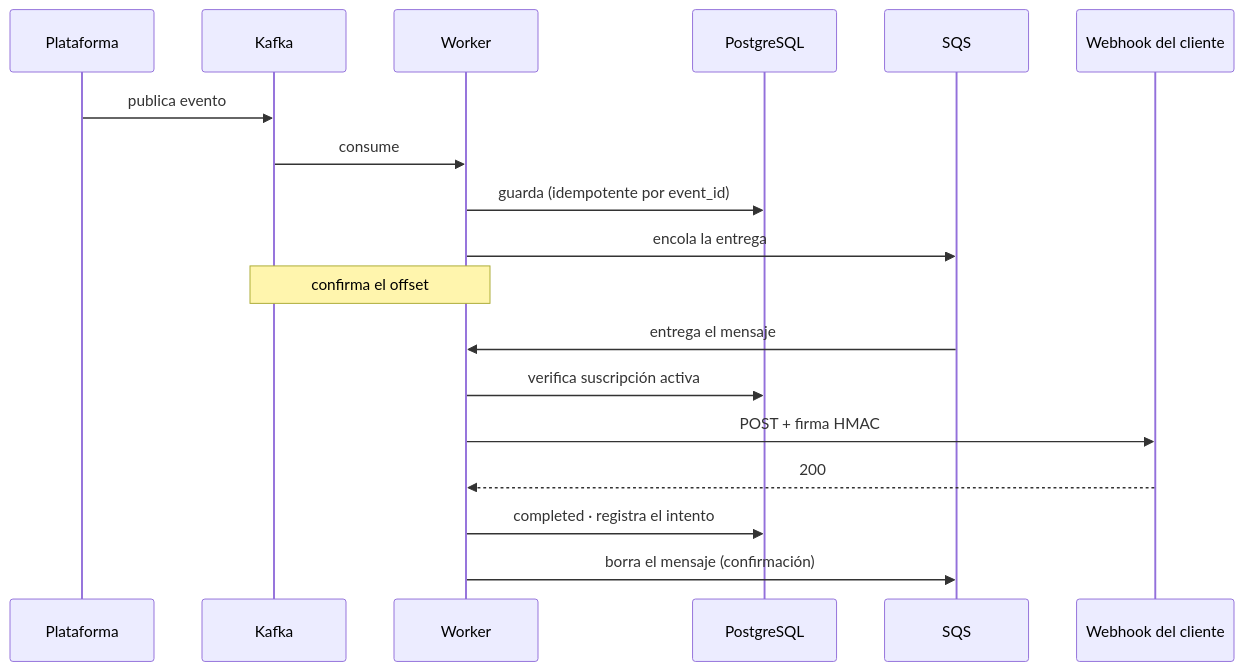
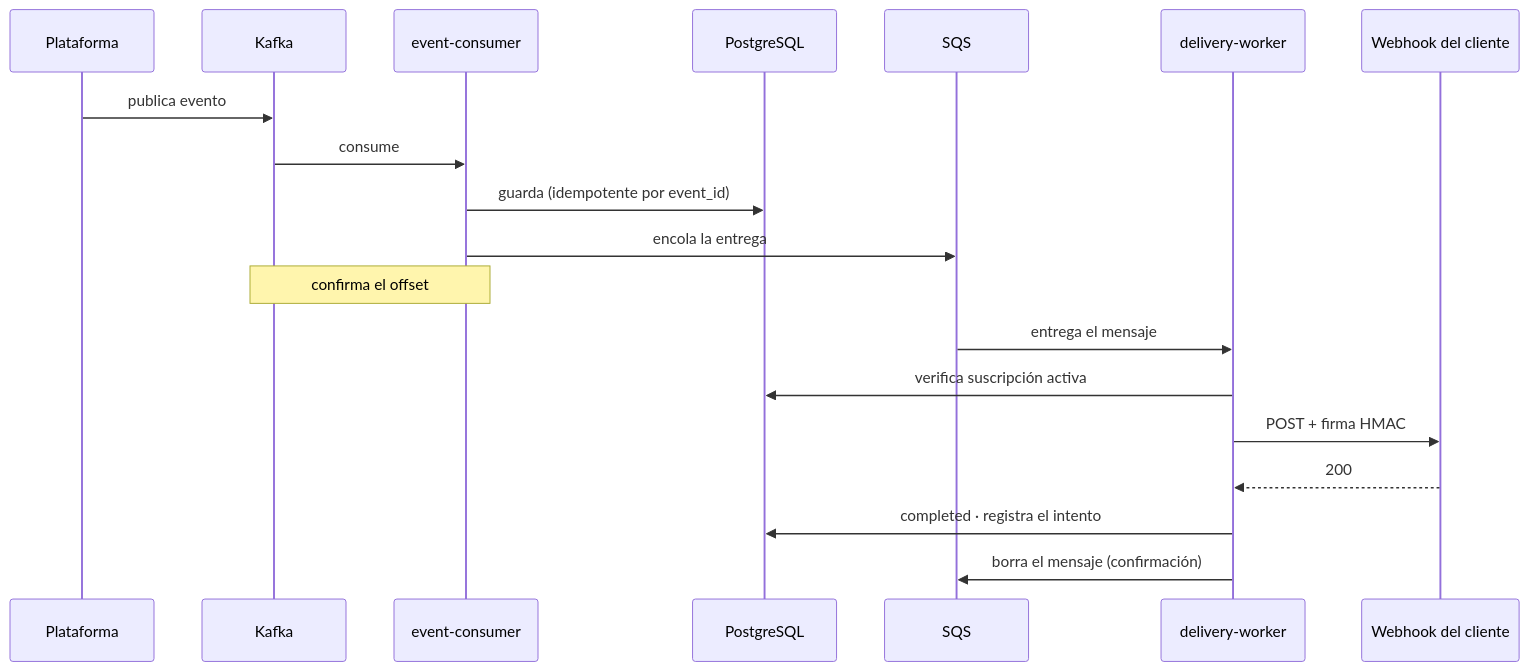
One commit to ssalaza7/cobre-notification-delivery changed the second of 5 diagrams in README.md. Above: the diagram before and after it, drawn with Mermaid. The commit also changed other lines of this file and 3 other files, not shown here.

First line of the commit message:
docs: actualiza diagramas y referencias a la estructura de tres ejecutables

````diff
--- a/README.md
+++ b/README.md
@@ -106,21 +127,22 @@
 ```mermaid
 sequenceDiagram
     participant P as Plataforma
     participant K as Kafka
-    participant W as Worker
+    participant CON as event-consumer
     participant DB as PostgreSQL
     participant Q as SQS
+    participant W as delivery-worker
     participant C as Webhook del cliente
 
     P->>K: publica evento
-    K->>W: consume
-    W->>DB: guarda (idempotente por event_id)
-    W->>Q: encola la entrega
-    Note over W,K: confirma el offset
+    K->>CON: consume
+    CON->>DB: guarda (idempotente por event_id)
+    CON->>Q: encola la entrega
+    Note over CON,K: confirma el offset
     Q->>W: entrega el mensaje
     W->>DB: verifica suscripción activa
     W->>C: POST + firma HMAC
     C-->>W: 200
     W->>DB: completed · registra el intento
     W->>Q: borra el mensaje (confirmación)
 ```
````
